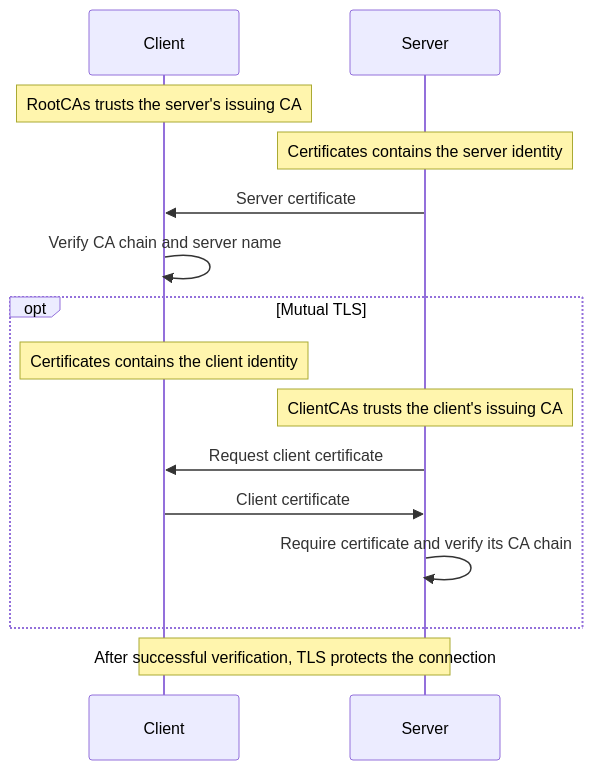
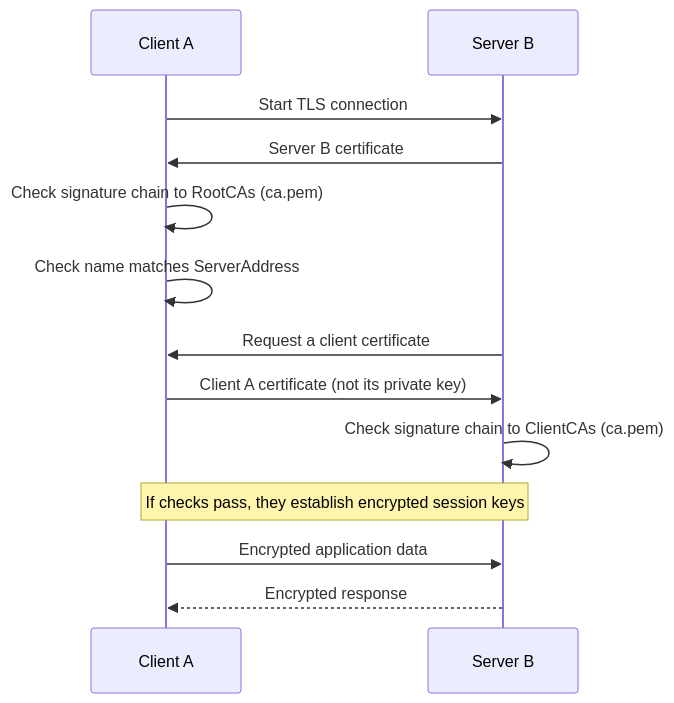
The third of 3 diagrams in internal/config/tls.md (alderon07/log), drawn with Mermaid before and after one commit. The commit also changed other lines of this file, not shown here.

Commit message:
Refactor TLS documentation to clarify certificate lifecycle and issuance process

````diff
--- a/internal/config/tls.md
+++ b/internal/config/tls.md
@@ -34,17 +140,15 @@
 ```mermaid
 sequenceDiagram
-    participant C as Client
-    participant S as Server
-    Note over C: RootCAs trusts the server's issuing CA
-    Note over S: Certificates contains the server identity
-    S->>C: Server certificate
-    C->>C: Verify CA chain and server name
-    opt Mutual TLS
-        Note over C: Certificates contains the client identity
-        Note over S: ClientCAs trusts the client's issuing CA
-        S->>C: Request client certificate
-        C->>S: Client certificate
-        S->>S: Require certificate and verify its CA chain
-    end
-    Note over C,S: After successful verification, TLS protects the connection
+    participant C as Client A
+    participant S as Server B
+    C->>S: Start TLS connection
+    S->>C: Server B certificate
+    C->>C: Check signature chain to RootCAs (ca.pem)
+    C->>C: Check name matches ServerAddress
+    S->>C: Request a client certificate
+    C->>S: Client A certificate (not its private key)
+    S->>S: Check signature chain to ClientCAs (ca.pem)
+    Note over C,S: If checks pass, they establish encrypted session keys
+    C->>S: Encrypted application data
+    S-->>C: Encrypted response
 ```
````
